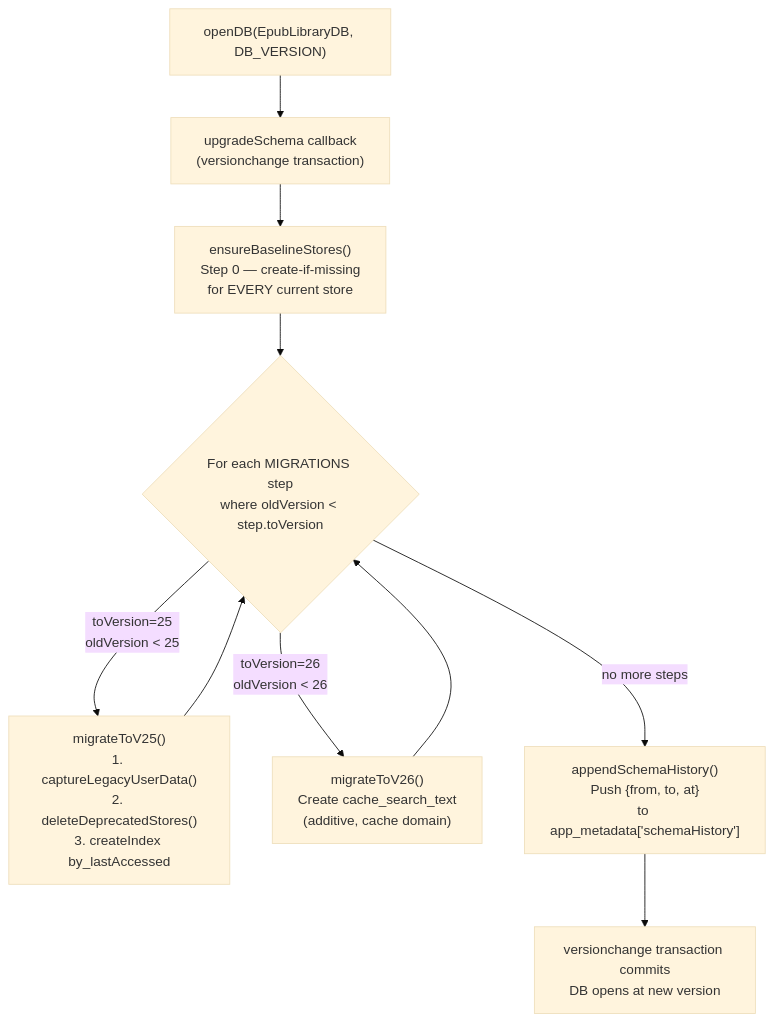
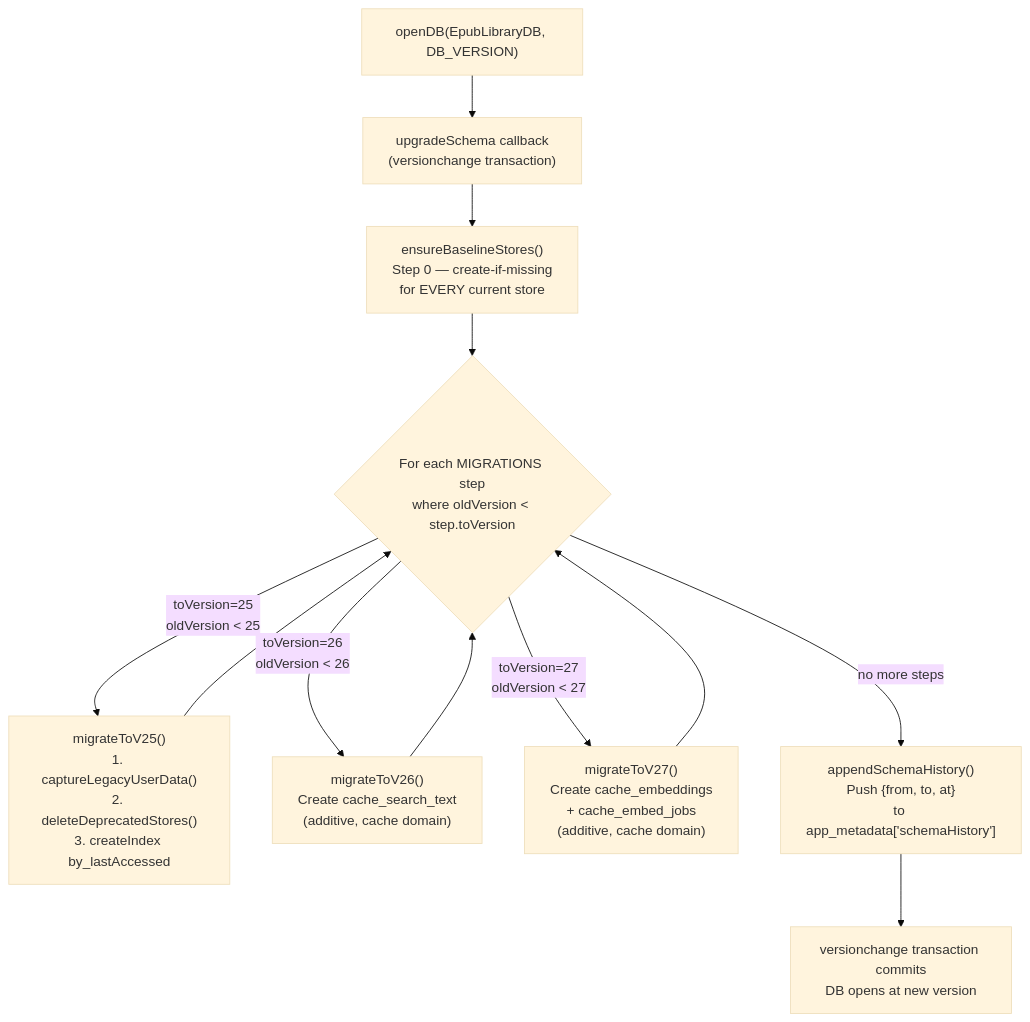
Before and after one commit to vrwarp/versicle: the third of 6 diagrams in docs/comprehensive/21-schema-and-migrations-idb.md, drawn with Mermaid (base theme). The commit also changed other lines of this file and 17 other files, not shown here.

````diff
--- a/docs/comprehensive/21-schema-and-migrations-idb.md
+++ b/docs/comprehensive/21-schema-and-migrations-idb.md
@@ -295,12 +324,14 @@
 ```mermaid
 flowchart TD
     A["openDB(EpubLibraryDB, DB_VERSION)"] --> B["upgradeSchema callback\n(versionchange transaction)"]
     B --> C["ensureBaselineStores()\nStep 0 — create-if-missing\nfor EVERY current store"]
     C --> D{"For each MIGRATIONS step\nwhere oldVersion < step.toVersion"}
     D -->|"toVersion=25\noldVersion < 25"| E["migrateToV25()\n1. captureLegacyUserData()\n2. deleteDeprecatedStores()\n3. createIndex by_lastAccessed"]
     D -->|"toVersion=26\noldVersion < 26"| F["migrateToV26()\nCreate cache_search_text\n(additive, cache domain)"]
+    D -->|"toVersion=27\noldVersion < 27"| F2["migrateToV27()\nCreate cache_embeddings\n+ cache_embed_jobs\n(additive, cache domain)"]
     D -->|"no more steps"| G["appendSchemaHistory()\nPush {from, to, at}\nto app_metadata['schemaHistory']"]
     E --> D
     F --> D
+    F2 --> D
     G --> H["versionchange transaction commits\nDB opens at new version"]
 ```
````
